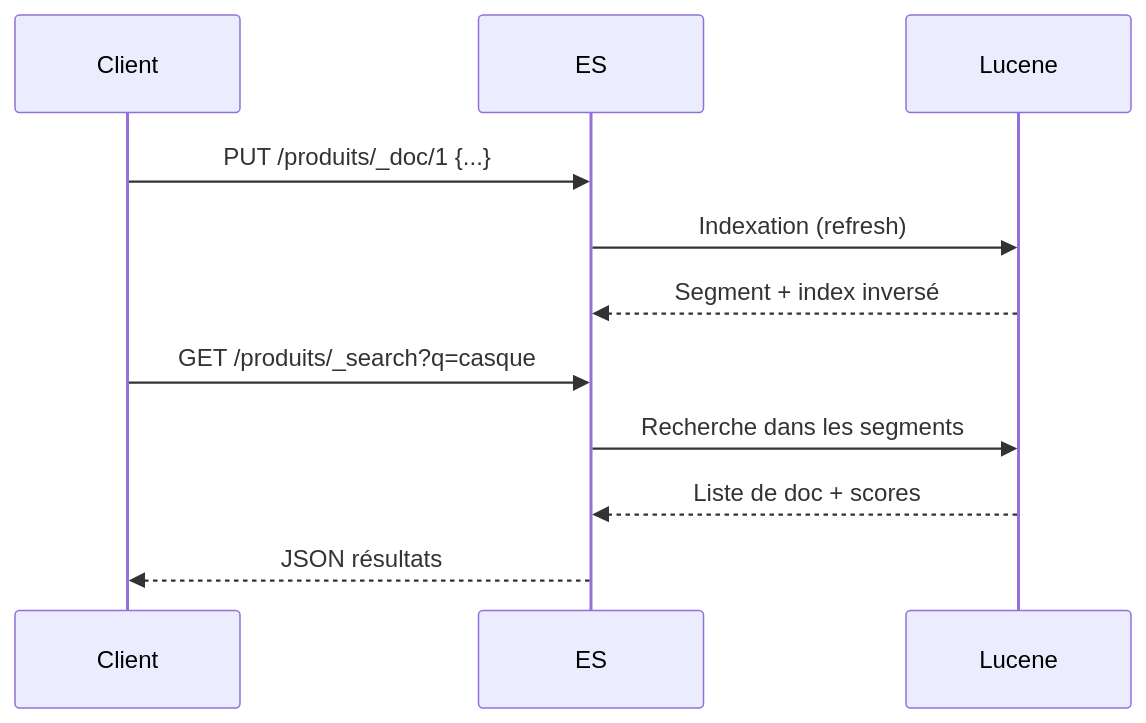
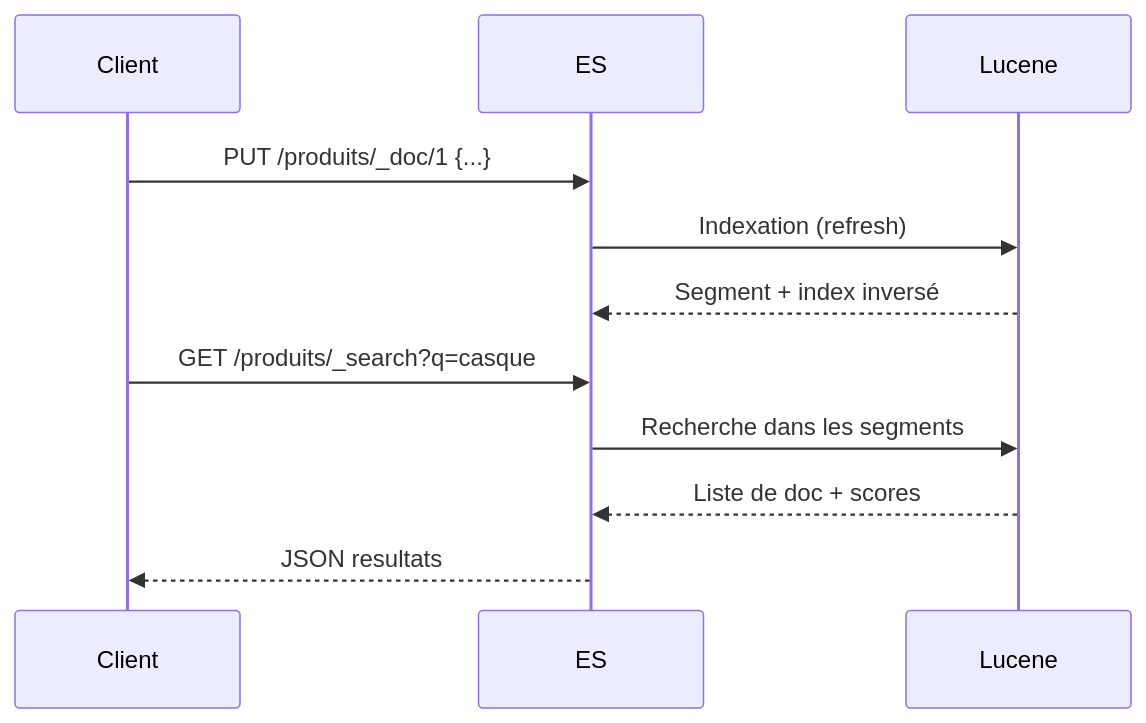
The third of 3 diagrams in docs2-cours1/03-concepts-cles-elasticsearch.md (haythem-rehouma/Elastic-Search-0), drawn with Mermaid before and after one commit. The commit also changed other lines of this file and 49 other files, not shown here.

````diff
--- a/docs2-cours1/03-concepts-cles-elasticsearch.md
+++ b/docs2-cours1/03-concepts-cles-elasticsearch.md
@@ -197,10 +197,10 @@
 ```mermaid
 sequenceDiagram
     Client->>ES: PUT /produits/_doc/1 {...}
     ES->>Lucene: Indexation (refresh)
     Lucene-->>ES: Segment + index inversé
     Client->>ES: GET /produits/_search?q=casque
     ES->>Lucene: Recherche dans les segments
     Lucene-->>ES: Liste de doc + scores
-    ES-->>Client: JSON résultats
+    ES-->>Client: JSON resultats
 ```
````
